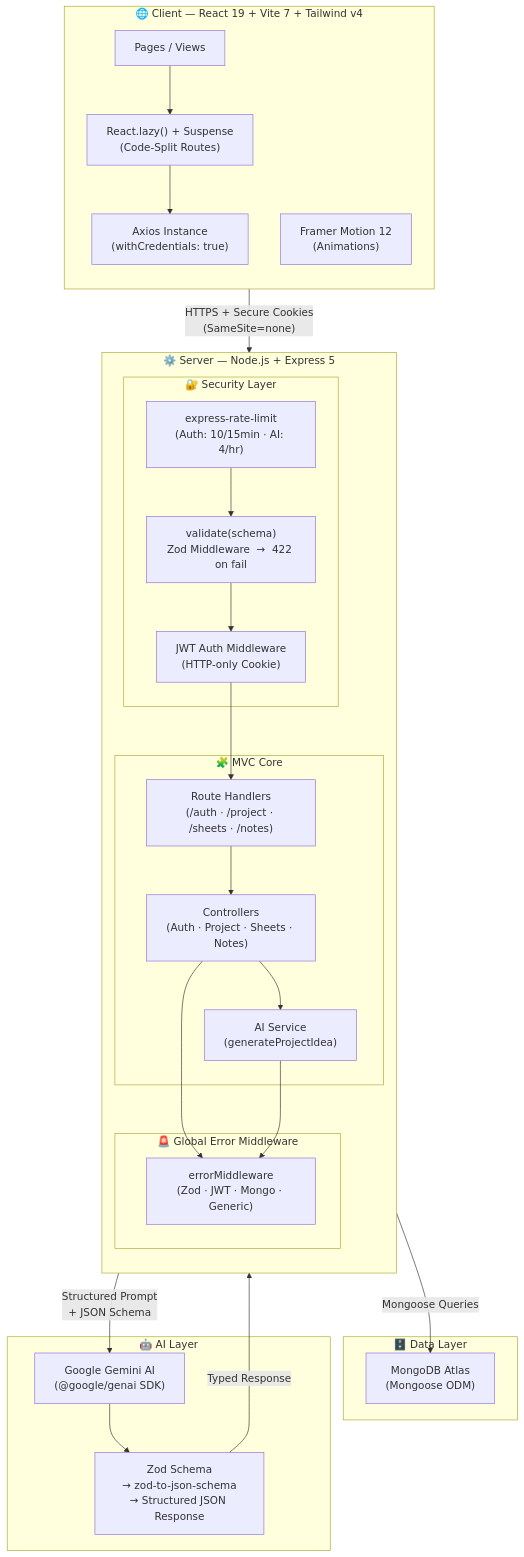
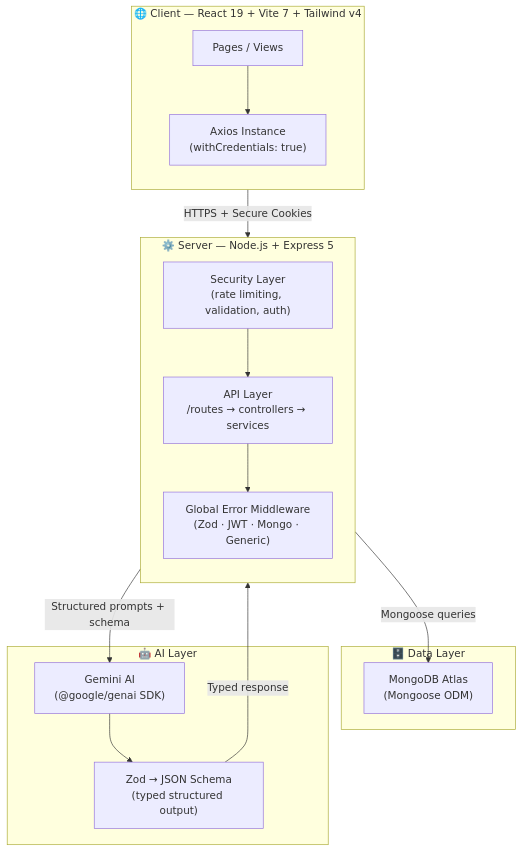
Before and after one commit to SahilSameer18/prepstack: the first of 4 diagrams in README.md, drawn with Mermaid. The commit also changed other lines of this file and 25 other files, not shown here.

````diff
--- a/README.md
+++ b/README.md
@@ -69,55 +69,33 @@
 ```mermaid
 graph TB
-    subgraph Client ["🌐 Client  —  React 19 + Vite 7 + Tailwind v4"]
+    subgraph Client ["🌐 Client — React 19 + Vite 7 + Tailwind v4"]
         direction TB
-        UI_Pages["Pages / Views"]
-        LazyLoad["React.lazy() + Suspense\n(Code-Split Routes)"]
+        Pages["Pages / Views"]
         Axios["Axios Instance\n(withCredentials: true)"]
-        FM["Framer Motion 12\n(Animations)"]
-        UI_Pages --> LazyLoad
-        LazyLoad --> Axios
+        Pages --> Axios
     end
 
-    subgraph Server ["⚙️ Server  —  Node.js + Express 5"]
+    subgraph Server ["⚙️ Server — Node.js + Express 5"]
         direction TB
-
-        subgraph Security ["🔐 Security Layer"]
-            RateLimit["express-rate-limit\n(Auth: 10/15min · AI: 4/hr)"]
-            ZodMW["validate(schema)\nZod Middleware  →  422 on fail"]
-            AuthMW["JWT Auth Middleware\n(HTTP-only Cookie)"]
-        end
-
-        subgraph MVC ["🧩 MVC Core"]
-            Routes["Route Handlers\n(/auth · /project · /sheets · /notes)"]
-            Controllers["Controllers\n(Auth · Project · Sheets · Notes)"]
-            Services["AI Service\n(generateProjectIdea)"]
-        end
-
-        subgraph ErrorLayer ["🚨 Global Error Middleware"]
-            ErrMW["errorMiddleware\n(Zod · JWT · Mongo · Generic)"]
-        end
-
-        RateLimit --> ZodMW
-        ZodMW --> AuthMW
-        AuthMW --> Routes
-        Routes --> Controllers
-        Controllers --> Services
-        Controllers --> ErrMW
-        Services --> ErrMW
+        Security["Security Layer\n(rate limiting, validation, auth)"]
+        API["API Layer\n/routes → controllers → services"]
+        Error["Global Error Middleware\n(Zod · JWT · Mongo · Generic)"]
+        Security --> API
+        API --> Error
     end
 
     subgraph Data ["🗄️ Data Layer"]
         MongoDB["MongoDB Atlas\n(Mongoose ODM)"]
     end
 
     subgraph AI ["🤖 AI Layer"]
-        Gemini["Google Gemini AI\n(@google/genai SDK)"]
-        ZodSchema["Zod Schema\n→ zod-to-json-schema\n→ Structured JSON Response"]
-        Gemini --> ZodSchema
+        Gemini["Gemini AI\n(@google/genai SDK)"]
+        Schema["Zod → JSON Schema\n(typed structured output)"]
+        Gemini --> Schema
     end
 
-    Axios -- "HTTPS + Secure Cookies\n(SameSite=none)" --> Server
-    Controllers -- "Mongoose Queries" --> MongoDB
-    Services -- "Structured Prompt\n+ JSON Schema" --> Gemini
-    ZodSchema -- "Typed Response" --> Services
+    Axios -- "HTTPS + Secure Cookies" --> Server
+    API -- "Mongoose queries" --> MongoDB
+    API -- "Structured prompts + schema" --> Gemini
+    Schema -- "Typed response" --> API
 ```
````
